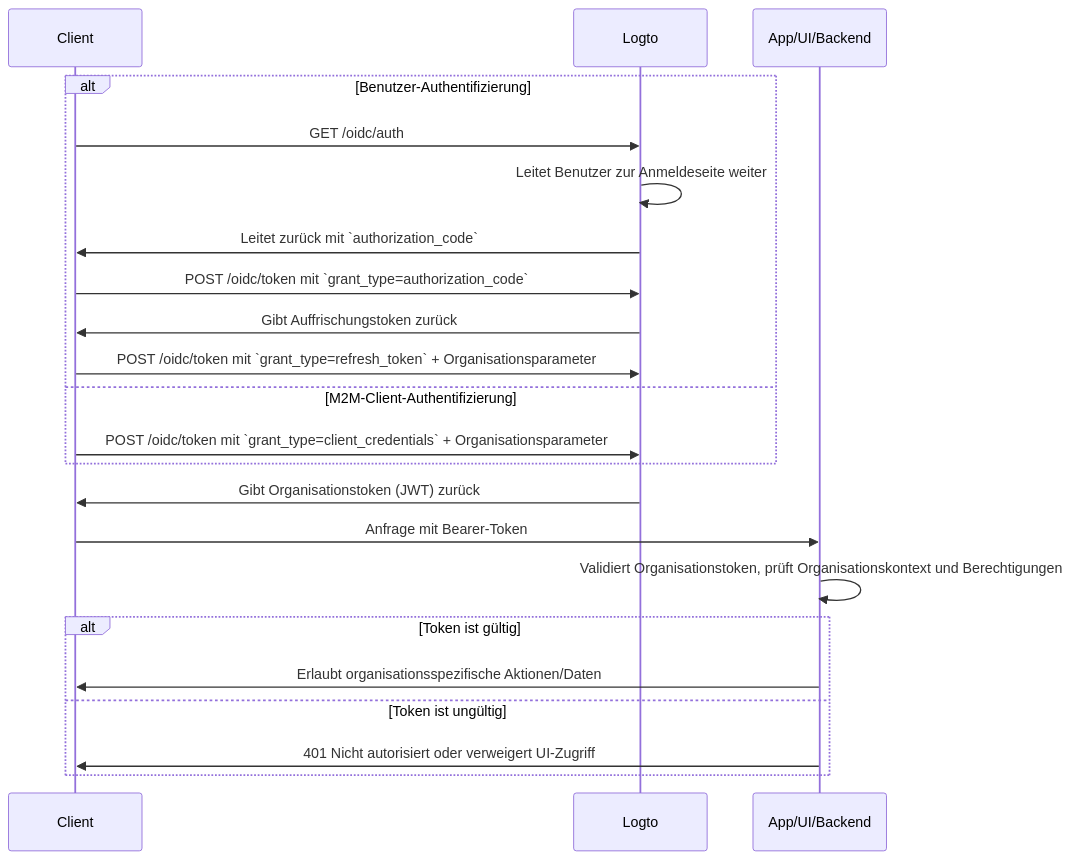
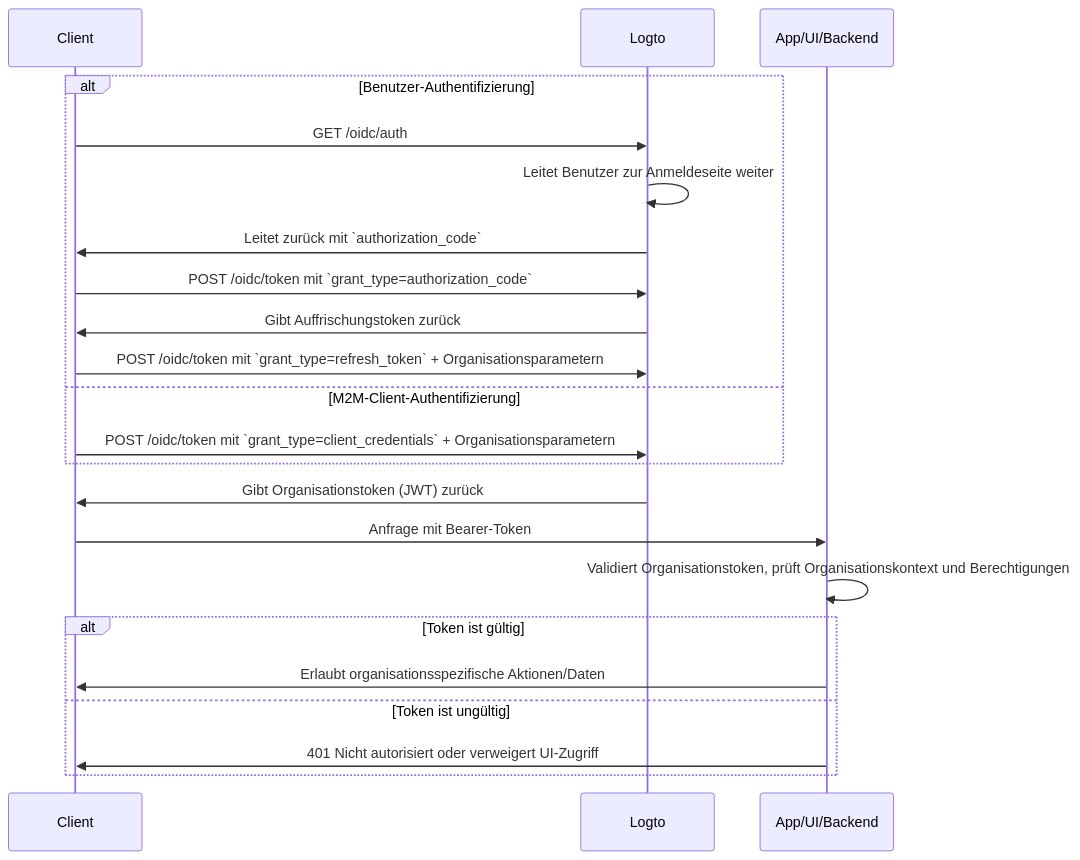
One commit to logto-io/docs changed the diagram in i18n/de/docusaurus-plugin-content-docs/current/authorization/organization-permissions.mdx. Above: the diagram before and after it, drawn with Mermaid. The commit also changed other lines of this file and 36 other files, not shown here.

````diff
--- a/i18n/de/docusaurus-plugin-content-docs/current/authorization/organization-permissions.mdx
+++ b/i18n/de/docusaurus-plugin-content-docs/current/authorization/organization-permissions.mdx
@@ -62,27 +63,27 @@
 ```mermaid
 sequenceDiagram
     participant Client
     participant Logto
     participant App as App/UI/Backend
 
     alt Benutzer-Authentifizierung
         Client->>Logto: GET /oidc/auth
         Logto->>Logto: Leitet Benutzer zur Anmeldeseite weiter
         Logto->>Client: Leitet zurück mit `authorization_code`
         Client->>Logto: POST /oidc/token mit `grant_type=authorization_code`
         Logto->>Client: Gibt Auffrischungstoken zurück
-        Client->>Logto: POST /oidc/token mit `grant_type=refresh_token` + Organisationsparameter
+        Client->>Logto: POST /oidc/token mit `grant_type=refresh_token` + Organisationsparametern
     else M2M-Client-Authentifizierung
-        Client->>Logto: POST /oidc/token mit `grant_type=client_credentials` + Organisationsparameter
+        Client->>Logto: POST /oidc/token mit `grant_type=client_credentials` + Organisationsparametern
     end
 
     Logto->>Client: Gibt Organisationstoken (JWT) zurück
     Client->>App: Anfrage mit Bearer-Token
     App->>App: Validiert Organisationstoken, prüft Organisationskontext und Berechtigungen
 
     alt Token ist gültig
         App->>Client: Erlaubt organisationsspezifische Aktionen/Daten
     else Token ist ungültig
         App->>Client: 401 Nicht autorisiert oder verweigert UI-Zugriff
     end
 ```
````
